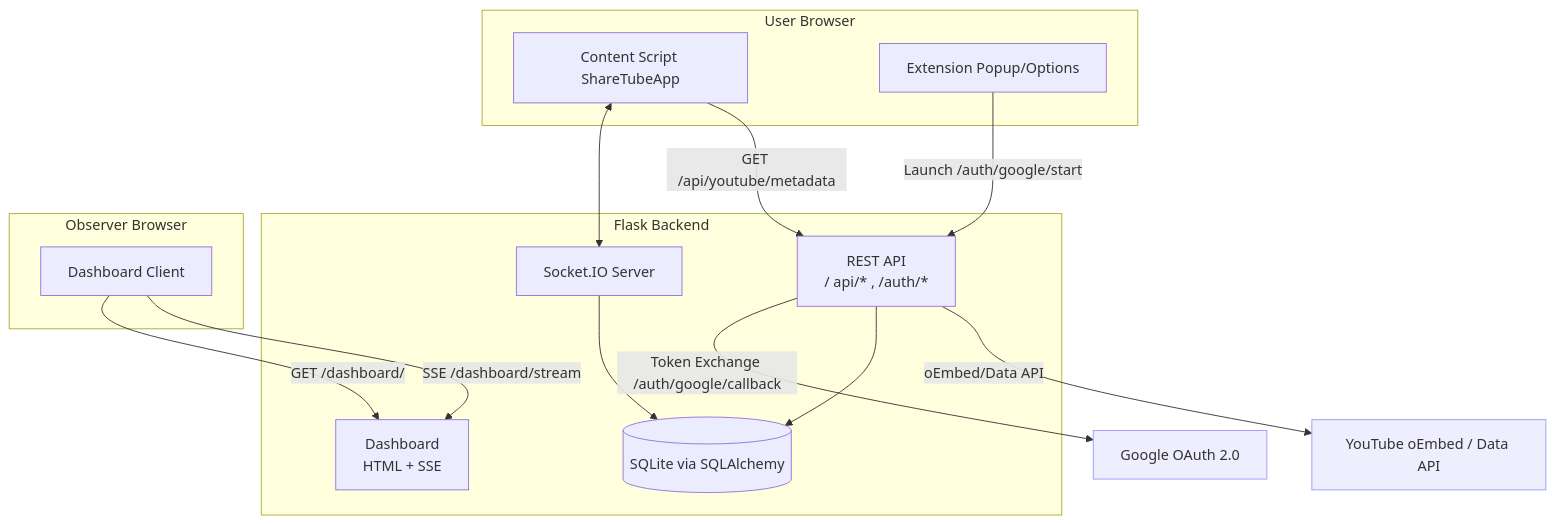
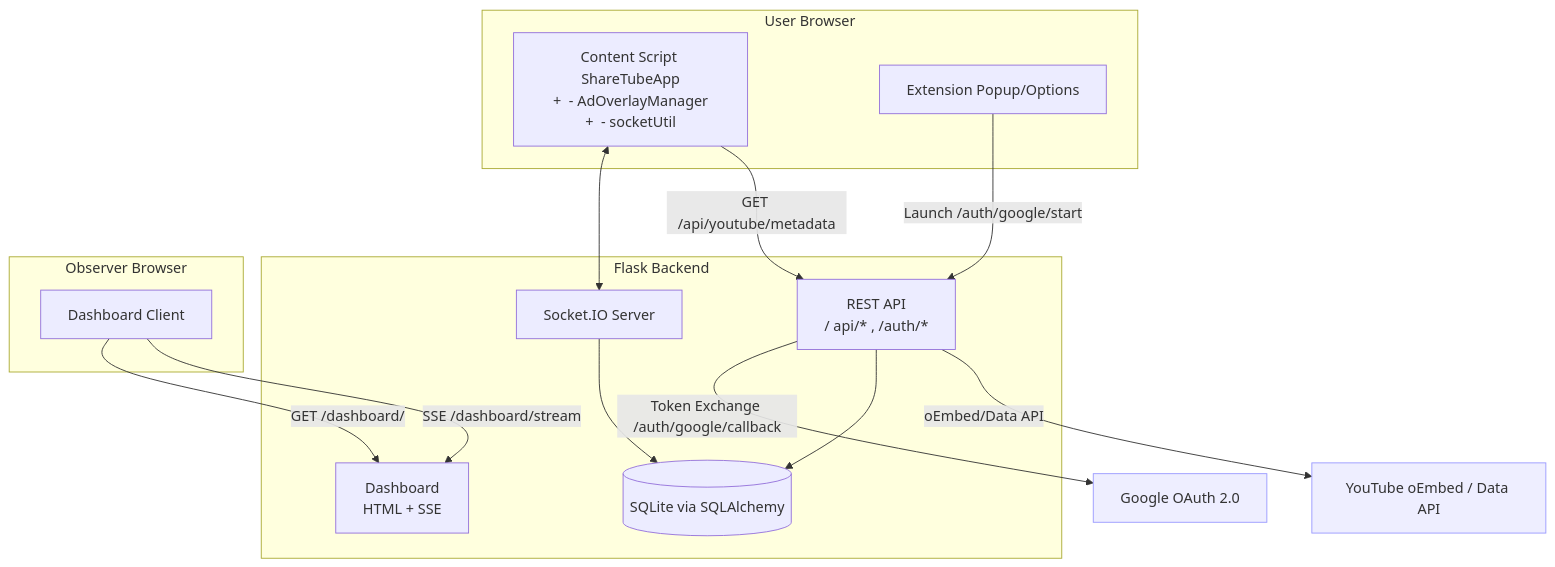
One commit to realwumbl3/ShareTube changed the first of 10 diagrams in SYSTEMDIAGRAM.md. Above: the diagram before and after it, drawn with Mermaid. The commit also changed other lines of this file and 44 other files, not shown here.

````diff
--- a/SYSTEMDIAGRAM.md
+++ b/SYSTEMDIAGRAM.md
@@ -7,33 +7,33 @@
 ```mermaid
 flowchart TD
   subgraph Browser[User Browser]
-    CS[Content Script ShareTubeApp]
+  CS[Content Script ShareTubeApp\n+  - AdOverlayManager\n+  - socketUtil]
     POP[Extension Popup/Options]
   end
 
   subgraph Backend[Flask Backend]
     API[REST API\n/ api/* , /auth/*]
     SIO[Socket.IO Server]
     DB[(SQLite via SQLAlchemy)]
     DASH[Dashboard\nHTML + SSE]
   end
 
   Google[Google OAuth 2.0]:::ext
   YT[YouTube oEmbed / Data API]:::ext
 
   classDef ext fill:#eef,stroke:#99f
 
   CS <--> SIO
   CS -->|GET /api/youtube/metadata| API
   POP -->|Launch /auth/google/start| API
   API -->|Token Exchange /auth/google/callback| Google
   API --> DB
   SIO --> DB
   API -->|oEmbed/Data API| YT
 
   subgraph Admin[Observer Browser]
     DClient[Dashboard Client]
   end
   DClient -->|GET /dashboard/| DASH
   DClient -->|SSE /dashboard/stream| DASH
 ```
````
